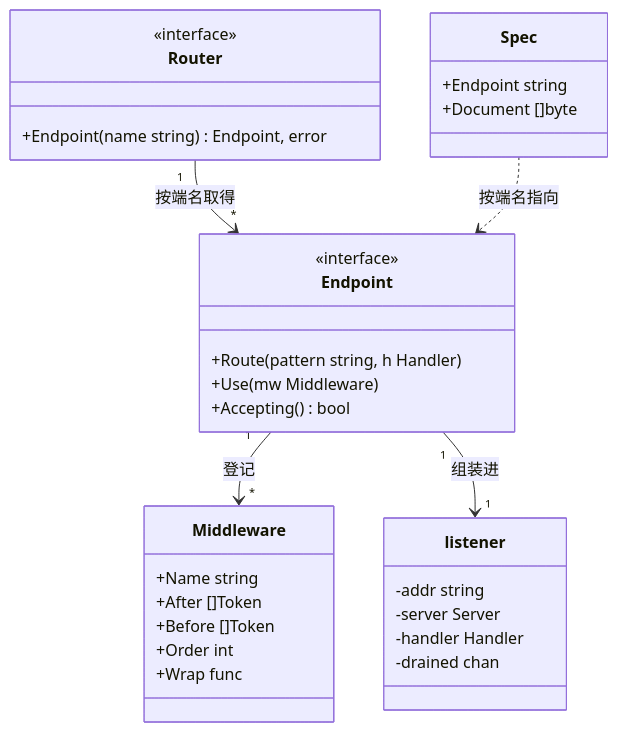
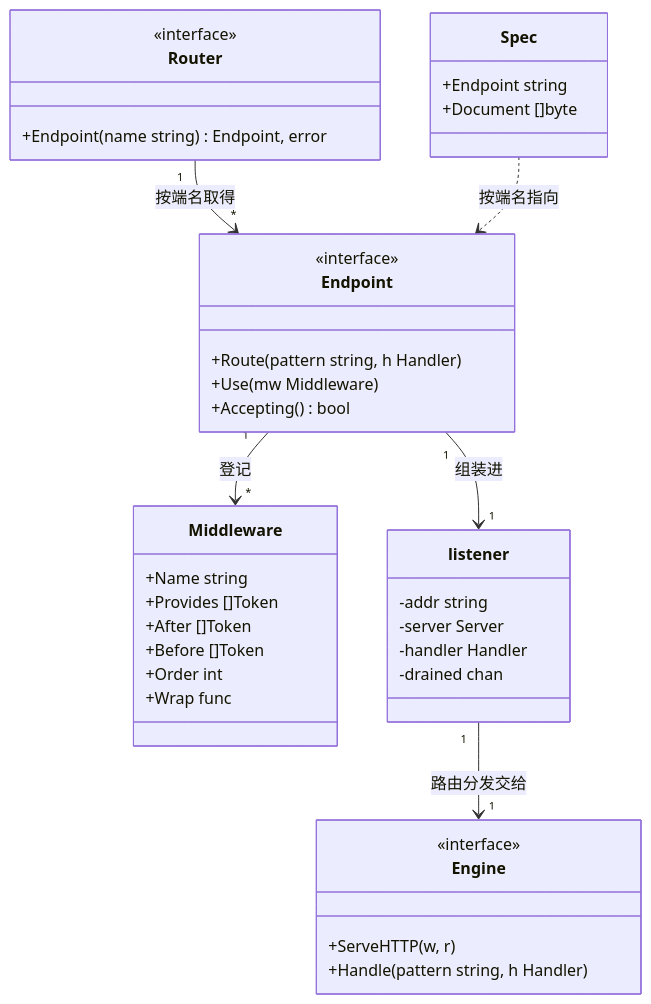
The first of 3 diagrams in docs/design/modules/design-http.md (vislake/speed), drawn with Mermaid before and after one commit. The commit also changed other lines of this file and 1 other file, not shown here.

````diff
--- a/docs/design/modules/design-http.md
+++ b/docs/design/modules/design-http.md
@@ -151,34 +189,41 @@
 ```mermaid
 classDiagram
     class Router {
         <<interface>>
         +Endpoint(name string) Endpoint, error
     }
     class Endpoint {
         <<interface>>
         +Route(pattern string, h Handler)
         +Use(mw Middleware)
         +Accepting() bool
     }
     class Middleware {
         +Name string
+        +Provides []Token
         +After []Token
         +Before []Token
         +Order int
         +Wrap func
     }
     class Spec {
         +Endpoint string
         +Document []byte
+    }
+    class Engine {
+        <<interface>>
+        +ServeHTTP(w, r)
+        +Handle(pattern string, h Handler)
     }
     class listener {
         -addr string
         -server Server
         -handler Handler
         -drained chan
     }
     Router "1" --> "*" Endpoint : 按端名取得
     Endpoint "1" --> "*" Middleware : 登记
     Endpoint "1" --> "1" listener : 组装进
+    listener "1" --> "1" Engine : 路由分发交给
     Spec ..> Endpoint : 按端名指向
 ```
````
